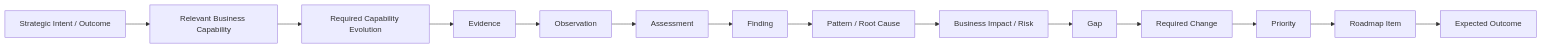
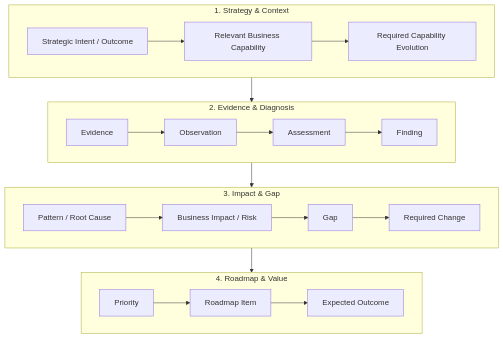
Before and after one commit to avfranco-br/portfolio: diagram 20 of 24 in docs/sop/methods/architecture-assessment-and-roadmap.md, drawn with Mermaid. The commit also changed other lines of this file and 10 other files, not shown here.

Commit message:
Refactor Mermaid diagrams across SOP and methods documentation for legibility

````diff
--- a/docs/sop/methods/architecture-assessment-and-roadmap.md
+++ b/docs/sop/methods/architecture-assessment-and-roadmap.md
@@ -2200,19 +2295,32 @@
 ```mermaid
-flowchart LR
-    A["Strategic Intent / Outcome"]
-    B["Relevant Business Capability"]
-    C["Required Capability Evolution"]
-    D["Evidence"]
-    E["Observation"]
-    F["Assessment"]
-    G["Finding"]
-    H["Pattern / Root Cause"]
-    I["Business Impact / Risk"]
-    J["Gap"]
-    K["Required Change"]
-    L["Priority"]
-    M["Roadmap Item"]
-    N["Expected Outcome"]
-    A --> B --> C
-    C --> D --> E --> F --> G --> H --> I --> J --> K --> L --> M --> N
+flowchart TD
+    subgraph Tier1["1. Strategy & Context"]
+        direction LR
+        A["Strategic Intent / Outcome"] --> B["Relevant Business Capability"]
+        B --> C["Required Capability Evolution"]
+    end
+
+    subgraph Tier2["2. Evidence & Diagnosis"]
+        direction LR
+        D["Evidence"] --> E["Observation"]
+        E --> F["Assessment"]
+        F --> G["Finding"]
+    end
+
+    subgraph Tier3["3. Impact & Gap"]
+        direction LR
+        H["Pattern / Root Cause"] --> I["Business Impact / Risk"]
+        I --> J["Gap"]
+        J --> K["Required Change"]
+    end
+
+    subgraph Tier4["4. Roadmap & Value"]
+        direction LR
+        L["Priority"] --> M["Roadmap Item"]
+        M --> N["Expected Outcome"]
+    end
+
+    C --> D
+    G --> H
+    K --> L
 ```
````
